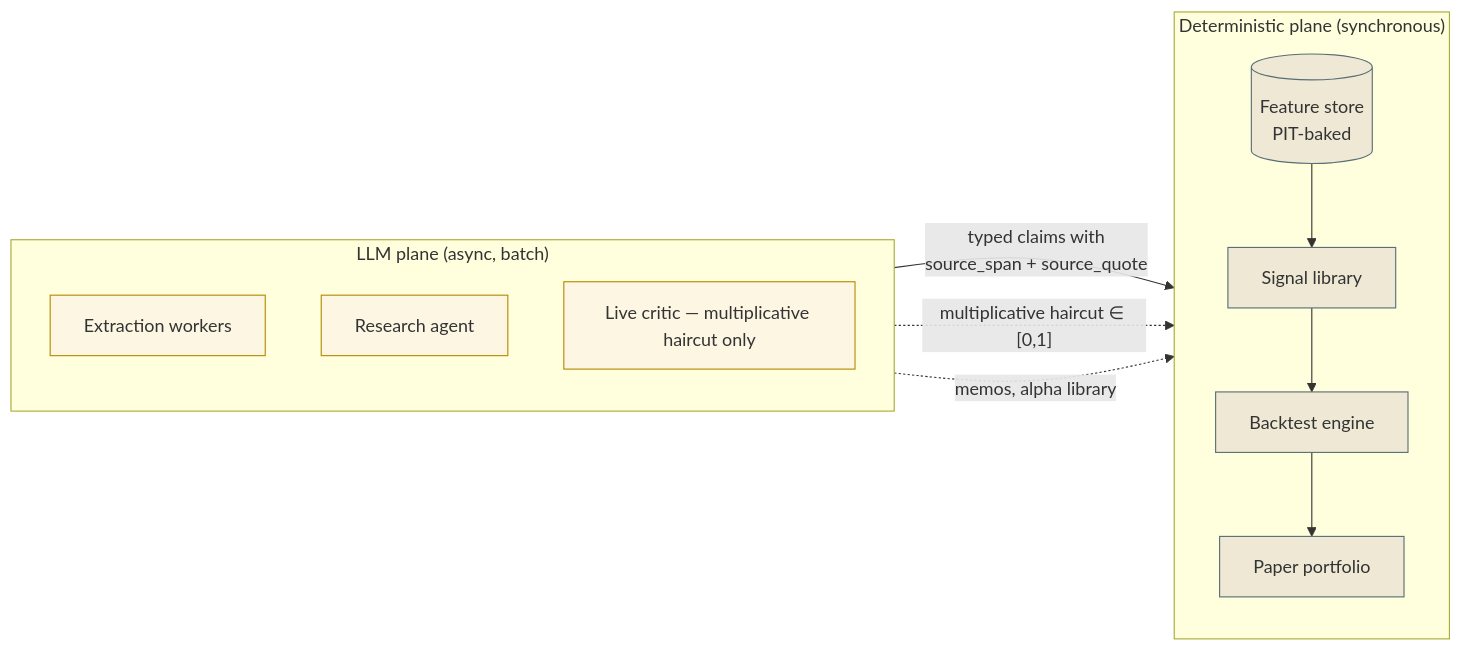
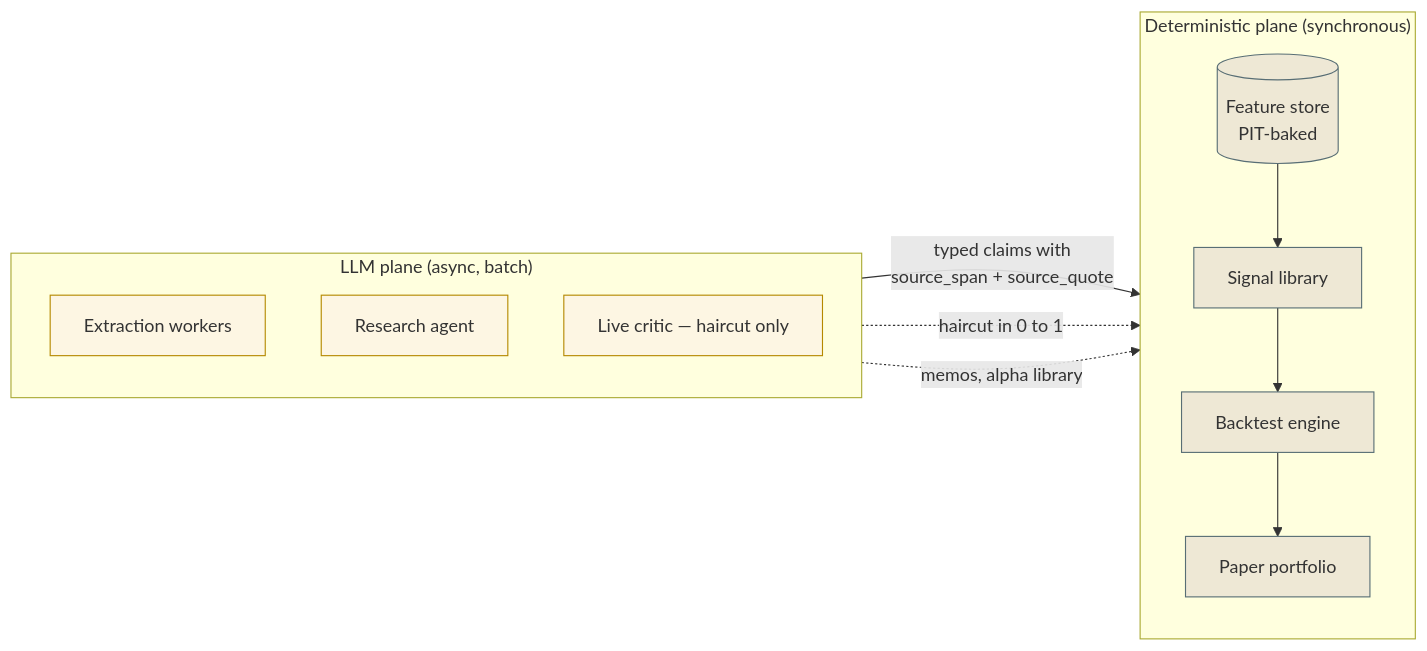
The second of 6 diagrams in docs/ARCHITECTURE.md (investlink-ai/auto-research), drawn with Mermaid before and after one commit. The commit also changed other lines of this file, not shown here.

````diff
--- a/docs/ARCHITECTURE.md
+++ b/docs/ARCHITECTURE.md
@@ -57,29 +58,29 @@
 ```mermaid
 flowchart LR
     subgraph LLM["LLM plane (async, batch)"]
         direction TB
         extract[Extraction workers]
         research[Research agent]
-        critic[Live critic — multiplicative haircut only]
+        critic[Live critic — haircut only]
     end
 
     subgraph DET["Deterministic plane (synchronous)"]
         direction TB
-        fs[(Feature store<br/>PIT-baked)]
+        fs[(Feature store<br>PIT-baked)]
         signals[Signal library]
         bt[Backtest engine]
         port[Paper portfolio]
     end
 
-    extract -- "typed claims with<br/>source_span + source_quote" --> fs
+    extract -- "typed claims with<br>source_span + source_quote" --> fs
     fs --> signals
     signals --> bt
     bt --> port
-    critic -. "multiplicative haircut ∈ [0,1]" .-> port
+    critic -. "haircut in 0 to 1" .-> port
     research -. "memos, alpha library" .-> port
 
     classDef llm fill:#fdf6e3,stroke:#b58900;
     classDef det fill:#eee8d5,stroke:#586e75;
     class extract,research,critic llm;
     class fs,signals,bt,port det;
 ```
````
